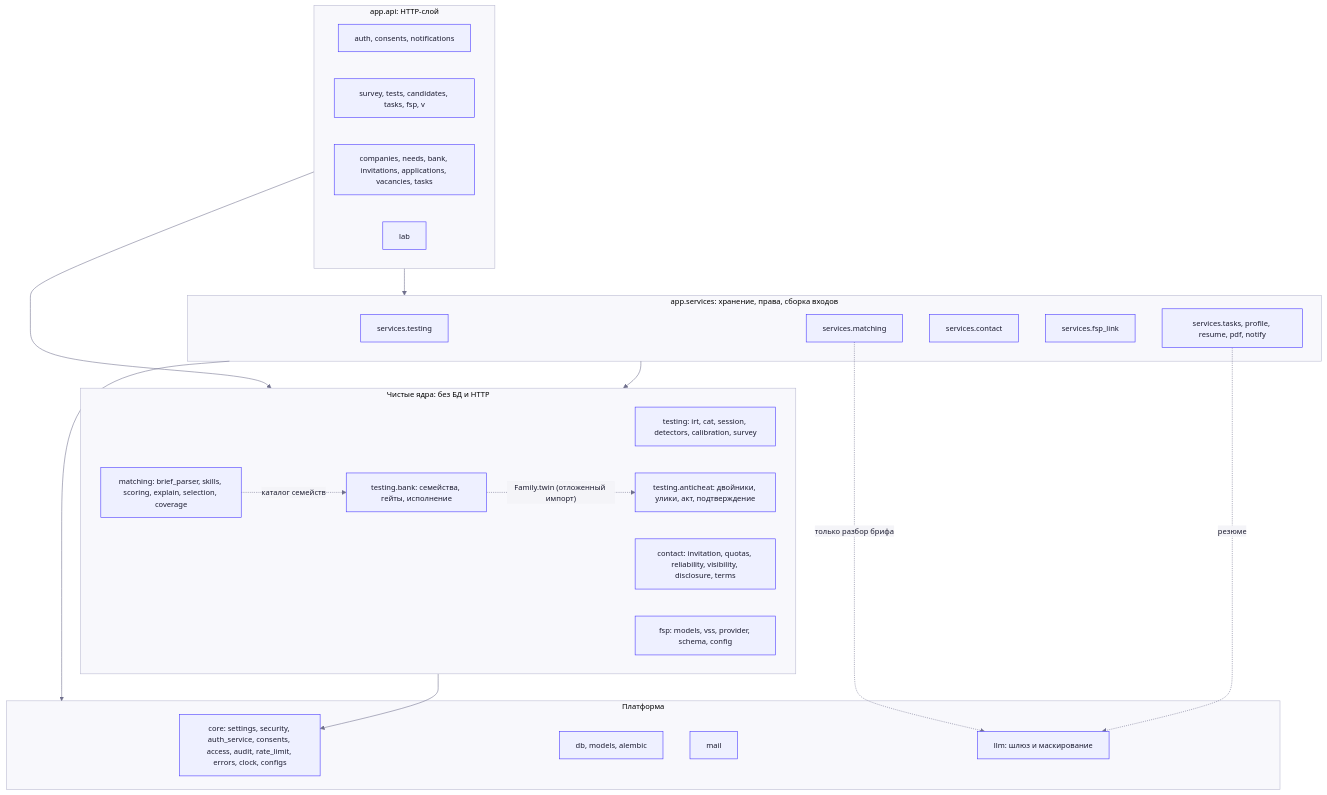
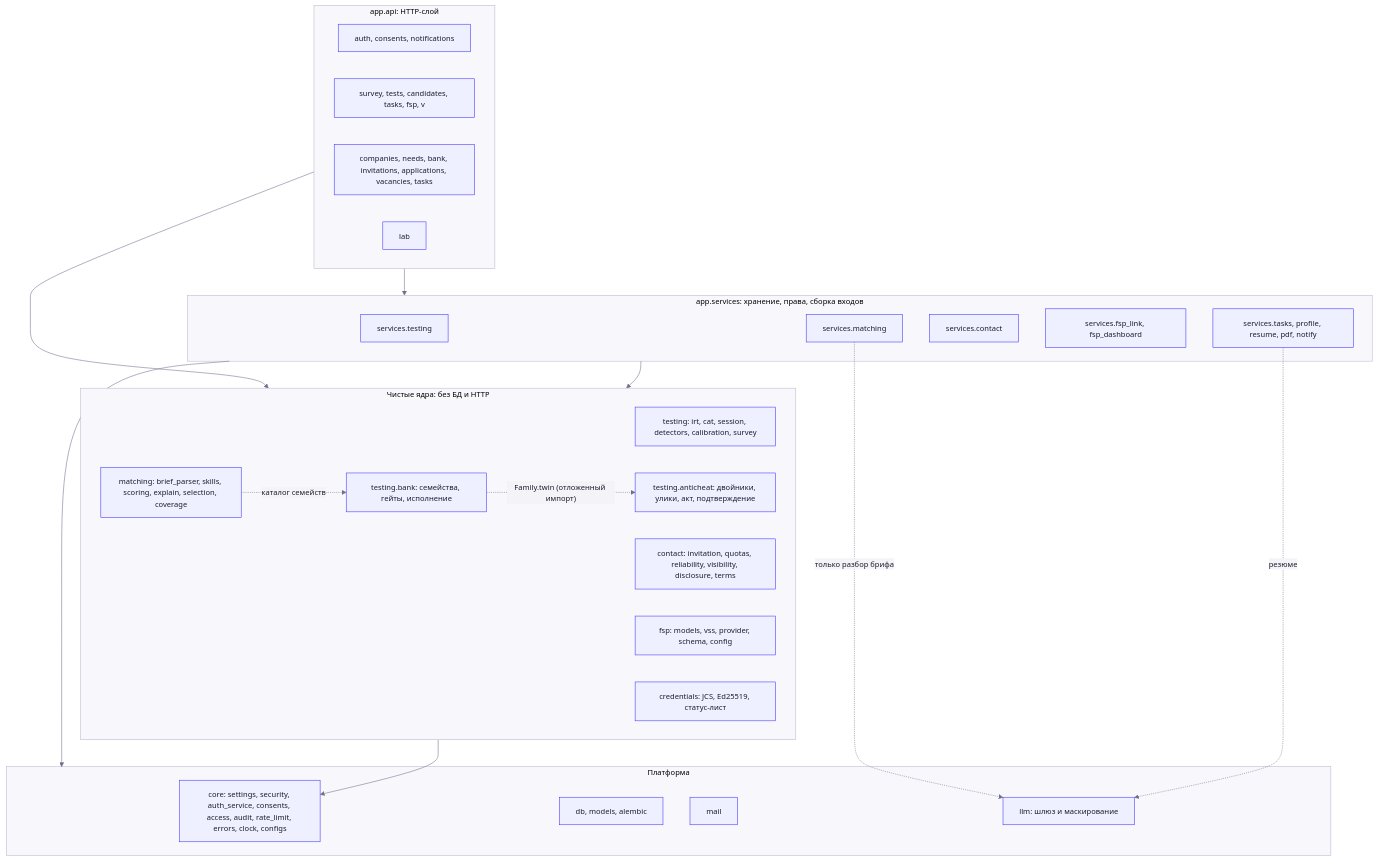
The fourth of 16 diagrams in docs/ARCHITECTURE.md (lpogosu/lct-msk), drawn with Mermaid before and after one commit. The commit also changed other lines of this file and 27 other files, not shown here.

First line of the commit message:
Документация после волны 4: API (234 эндпоинта), архитектура, библиотеки по lock-файлам, README с новыми возможностями, 4 новые схемы (паспорт, сигнал интереса, качество заданий, панель ФСП), CSP и доступность — по факту

````diff
--- a/docs/ARCHITECTURE.md
+++ b/docs/ARCHITECTURE.md
@@ -156,40 +160,41 @@
 ```mermaid
 %%{init: {'theme':'base','themeVariables':{'primaryColor':'#EEF0FF','primaryBorderColor':'#402FFF','primaryTextColor':'#1B1B2F','lineColor':'#6F6F8C','secondaryColor':'#F4F4F8','tertiaryColor':'#FFFFFF','textColor':'#6F6F8C','edgeLabelBackground':'#F4F4F8','clusterBkg':'#F8F8FC','clusterBorder':'#B8B8D0','noteBkgColor':'#F4F4F8','noteTextColor':'#1B1B2F','noteBorderColor':'#9A9AB0','actorBkg':'#EEF0FF','actorBorder':'#402FFF','actorTextColor':'#1B1B2F','actorLineColor':'#9A9AB0','signalColor':'#6F6F8C','signalTextColor':'#6F6F8C','labelBoxBkgColor':'#EEF0FF','labelBoxBorderColor':'#402FFF','labelTextColor':'#1B1B2F','loopTextColor':'#6F6F8C','activationBkgColor':'#DCDFFF','activationBorderColor':'#402FFF','fontSize':'14px'}}}%%
 flowchart TB
   subgraph HTTP["app.api: HTTP-слой"]
     api_auth["auth, consents, notifications"]
     api_cand["survey, tests, candidates, tasks, fsp, v"]
     api_emp["companies, needs, bank, invitations, applications, vacancies, tasks"]
     api_lab["lab"]
   end
   subgraph SVC["app.services: хранение, права, сборка входов"]
     s_test["services.testing"]
     s_match["services.matching"]
     s_contact["services.contact"]
-    s_fsp["services.fsp_link"]
+    s_fsp["services.fsp_link, fsp_dashboard"]
     s_misc["services.tasks, profile, resume, pdf, notify"]
   end
   subgraph CORE_ENGINES["Чистые ядра: без БД и HTTP"]
     c_test["testing: irt, cat, session, detectors, calibration, survey"]
     c_bank["testing.bank: семейства, гейты, исполнение"]
     c_anti["testing.anticheat: двойники, улики, акт, подтверждение"]
     c_match["matching: brief_parser, skills, scoring, explain, selection, coverage"]
     c_contact["contact: invitation, quotas, reliability, visibility, disclosure, terms"]
     c_fsp["fsp: models, vss, provider, schema, config"]
+    c_cred["credentials: JCS, Ed25519, статус-лист"]
   end
   subgraph PLATFORM["Платформа"]
     p_core["core: settings, security, auth_service, consents, access, audit, rate_limit, errors, clock, configs"]
     p_db["db, models, alembic"]
     p_mail["mail"]
     p_llm["llm: шлюз и маскирование"]
   end
   HTTP --> SVC
   HTTP --> CORE_ENGINES
   SVC --> CORE_ENGINES
   SVC --> PLATFORM
   CORE_ENGINES --> p_core
   c_bank -. "Family.twin (отложенный импорт)" .-> c_anti
   c_match -. "каталог семейств" .-> c_bank
   s_match -. "только разбор брифа" .-> p_llm
   s_misc -. "резюме" .-> p_llm
 ```
````
